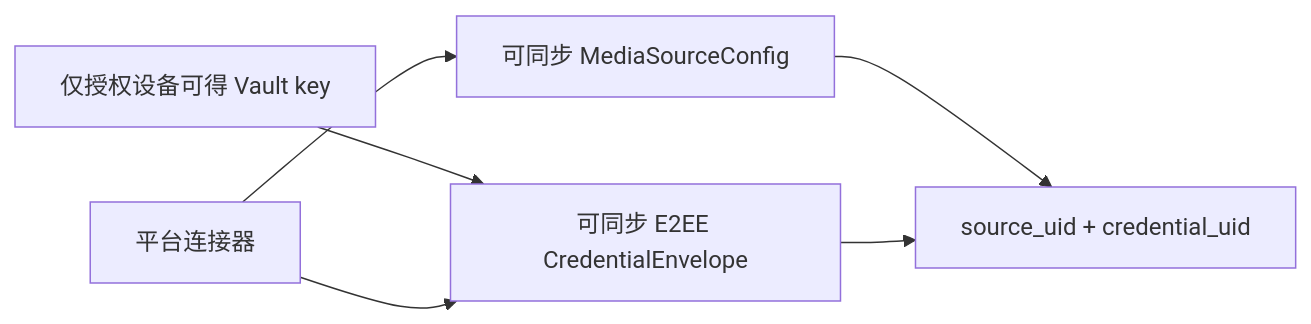
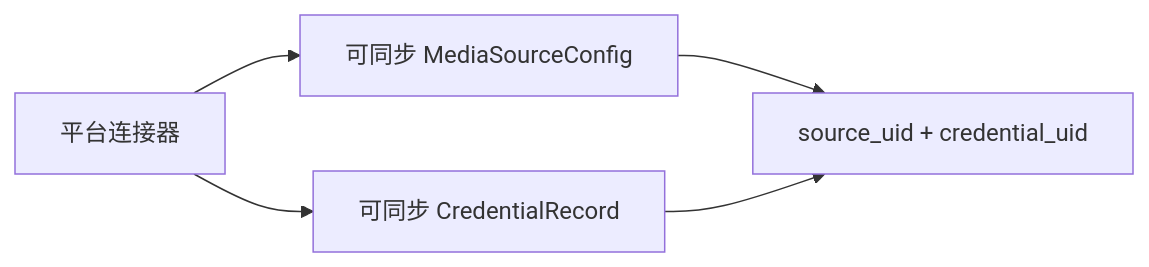
Before and after one commit to qietv/stellar-user-media-sdk: the diagram in specs/remote-media/source-config-sync.md, drawn with Mermaid. The commit also changed other lines of this file and 31 other files, not shown here.

````diff
--- a/specs/remote-media/source-config-sync.md
+++ b/specs/remote-media/source-config-sync.md
@@ -36,8 +36,7 @@
 ```mermaid
 flowchart LR
     A["可同步 MediaSourceConfig"] --> B["source_uid + credential_uid"]
-    C["可同步 E2EE CredentialEnvelope"] --> B
-    K["仅授权设备可得 Vault key"] --> C
+    C["可同步 CredentialRecord"] --> B
     D["平台连接器"] --> A
     D --> C
 ```
````
